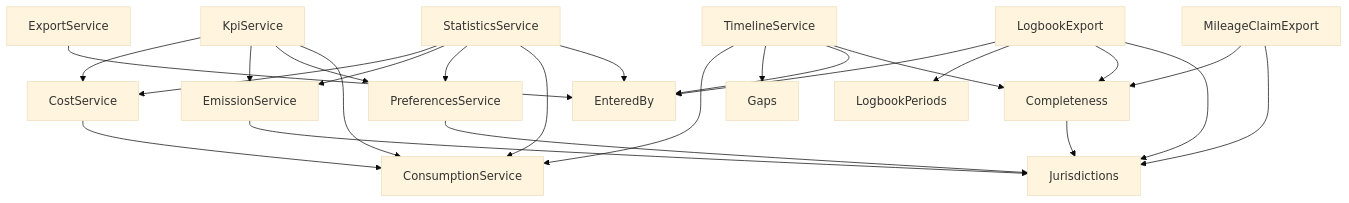
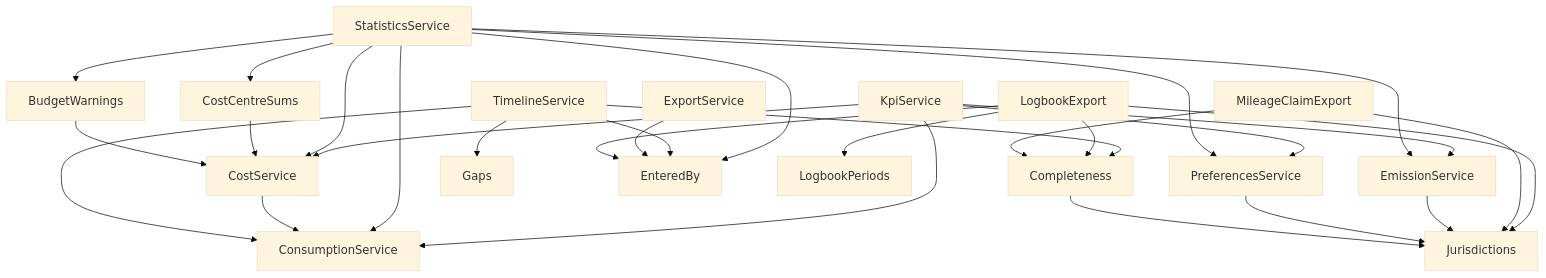
One commit to typical42/next-fleet changed the fifth of 12 diagrams in docs/design/components.md. Above: the diagram before and after it, drawn with Mermaid (base theme). The commit also changed other lines of this file and 205 other files, not shown here.

````diff
--- a/docs/design/components.md
+++ b/docs/design/components.md
@@ -125,26 +154,29 @@
 ```mermaid
 flowchart TB
     Kpi["KpiService"]
     Statistics["StatisticsService"]
     Timeline["TimelineService"]
     Export["ExportService"]
     Logbook["LogbookExport"]
     Claim["MileageClaimExport"]
     Cost["CostService"]
     Emission["EmissionService"]
     Preferences["PreferencesService"]
     Consumption["ConsumptionService"]
     Gaps["Gaps"]
     EnteredBy["EnteredBy"]
     Periods["LogbookPeriods"]
     Completeness["Completeness"]
     Jurisdictions["Jurisdictions"]
+    Centres["CostCentreSums"]
+    Budget["BudgetWarnings"]
     Kpi --> Cost & Emission & Preferences & Consumption
-    Statistics --> Cost & Emission & Preferences & Consumption & EnteredBy
+    Statistics --> Cost & Emission & Preferences & Consumption & EnteredBy & Centres & Budget
+    Centres & Budget --> Cost
     Cost --> Consumption
     Timeline --> Consumption & Gaps & EnteredBy & Completeness
     Export --> EnteredBy
     Logbook --> EnteredBy & Periods & Completeness & Jurisdictions
     Claim --> Completeness & Jurisdictions
     Emission & Preferences & Completeness --> Jurisdictions
 ```
````
